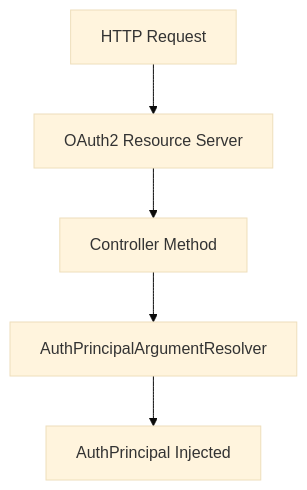
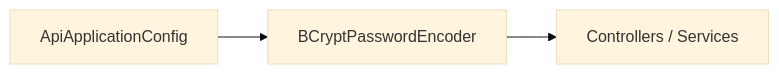
The diagram in docs/diagrams/architecture/api-service-core-config-and-security-2.mmd (flamingo-stack/openframe-oss-lib), drawn with Mermaid (base theme) before and after one commit. The commit also changed 1809 other files, not shown here.

```diff
--- a/docs/diagrams/architecture/api-service-core-config-and-security-2.mmd
+++ b/docs/diagrams/architecture/api-service-core-config-and-security-2.mmd
@@ -1,5 +1,3 @@
-flowchart TD
-    Request["HTTP Request"] --> Security["OAuth2 Resource Server"]
-    Security --> Controller["Controller Method"]
-    Controller --> Resolver["AuthPrincipalArgumentResolver"]
-    Resolver --> Principal["AuthPrincipal Injected"]
+flowchart LR
+    Config["ApiApplicationConfig"] --> Encoder["BCryptPasswordEncoder"]
+    Encoder --> Consumers["Controllers / Services"]
```
